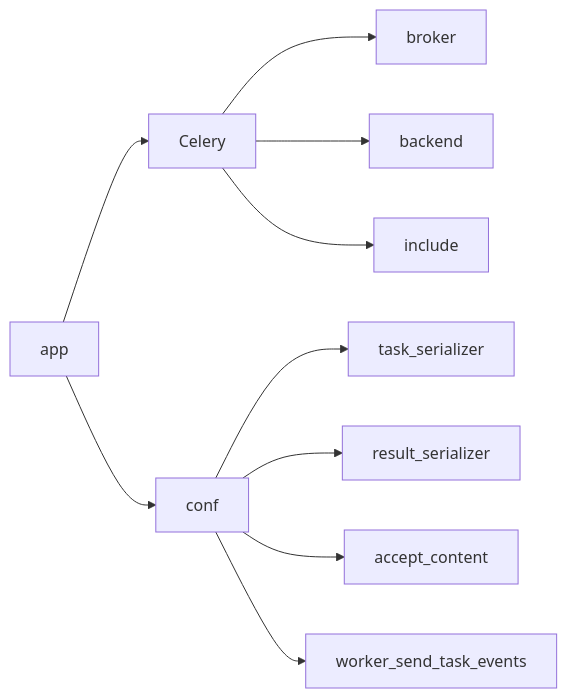
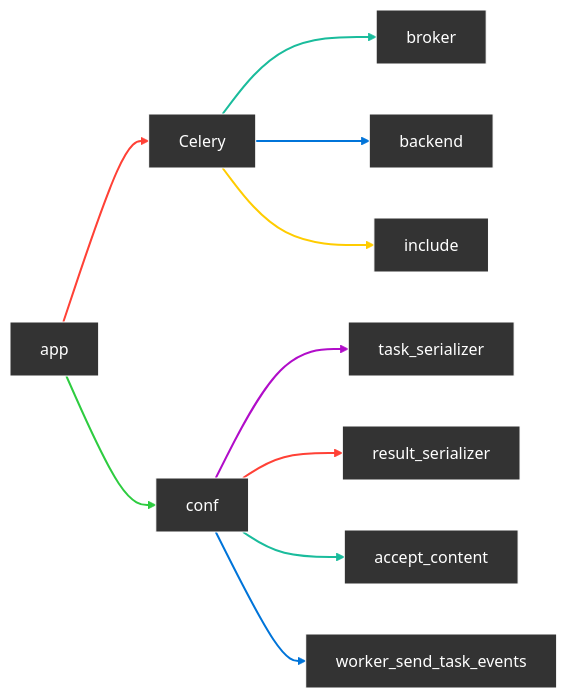
Before and after one commit to HarryVasanth/distributed-image-processing: the third of 3 diagrams in README.md, drawn with Mermaid. The commit also changed other lines of this file, not shown here.

Commit message:
chore(flowchart): colorize

````diff
--- a/README.md
+++ b/README.md
@@ -167,12 +200,31 @@
 ```mermaid
 graph LR
 app[app] --> Celery[Celery]
 Celery[Celery] --> broker[broker]
 Celery[Celery] --> backend[backend]
 Celery[Celery] --> include[include]
 app[app] --> conf[conf]
 conf[conf] --> task_serializer[task_serializer]
 conf[conf] --> result_serializer[result_serializer]
 conf[conf] --> accept_content[accept_content]
 conf[conf] --> worker_send_task_events[worker_send_task_events]
+
+classDef lightMode fill:#FFFFFF, stroke:#333333, color:#333333;
+classDef darkMode fill:#333333, stroke:#FFFFFF, color:#FFFFFF;
+
+classDef lightModeLinks stroke:#333333;
+classDef darkModeLinks stroke:#FFFFFF;
+
+class app,Celery,broker,backend,include,conf,task_serializer,result_serializer,accept_content,worker_send_task_events lightMode;
+class app,Celery,broker,backend,include,conf,task_serializer,result_serializer,accept_content,worker_send_task_events darkMode;
+
+linkStyle 0 stroke:#FF4136, stroke-width:2px;
+linkStyle 1 stroke:#1ABC9C, stroke-width:2px;
+linkStyle 2 stroke:#0074D9, stroke-width:2px;
+linkStyle 3 stroke:#FFCC00, stroke-width:2px;
+linkStyle 4 stroke:#2ECC40, stroke-width:2px;
+linkStyle 5 stroke:#B10DC9, stroke-width:2px;
+linkStyle 6 stroke:#FF4136, stroke-width:2px;
+linkStyle 7 stroke:#1ABC9C, stroke-width:2px;
+linkStyle 8 stroke:#0074D9, stroke-width:2px;
 ```
````
